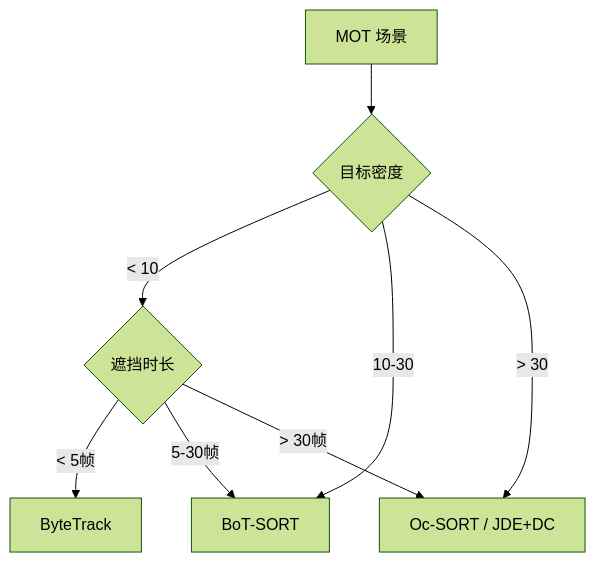
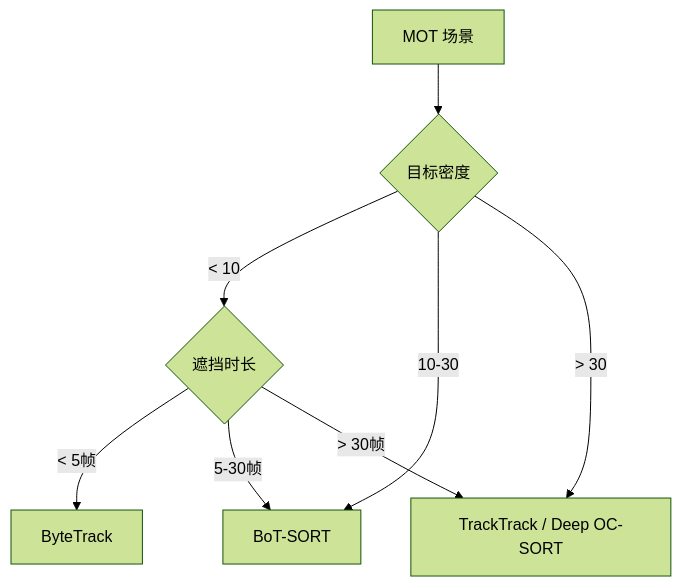
The second of 4 diagrams in docs/cases/mot.md (yejinlei/agent-yolo), drawn with Mermaid (forest theme) before and after one commit. The commit also changed other lines of this file and 6 other files, not shown here.

````diff
--- a/docs/cases/mot.md
+++ b/docs/cases/mot.md
@@ -55,10 +80,10 @@
 ```mermaid
 flowchart TB
   A[MOT 场景] --> B{目标密度}
   B -->|< 10| C{遮挡时长}
   B -->|10-30| D[BoT-SORT]
-  B -->|> 30| E[Oc-SORT / JDE+DC]
+  B -->|> 30| E[TrackTrack / Deep OC-SORT]
   C -->|< 5帧| F[ByteTrack]
   C -->|5-30帧| D
   C -->|> 30帧| E
 ```
````
